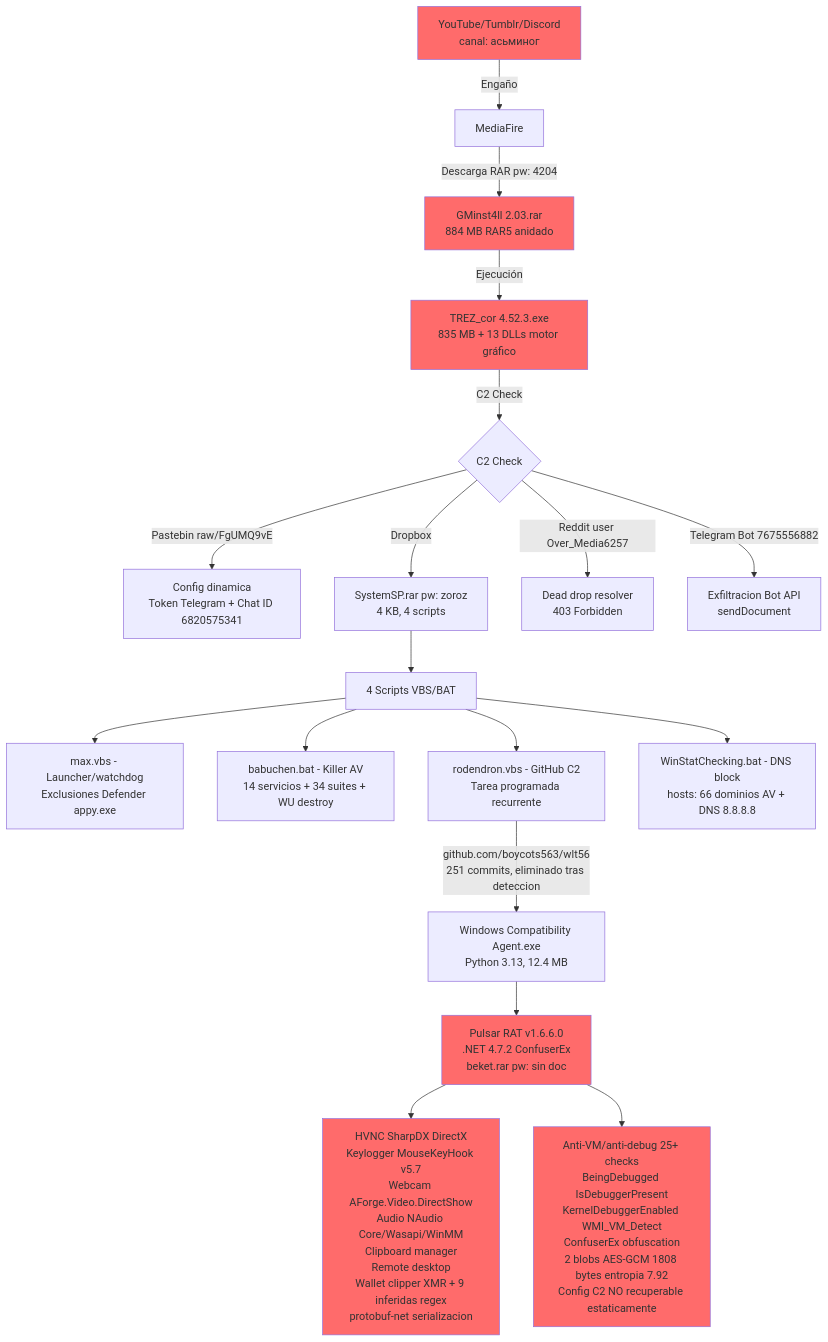
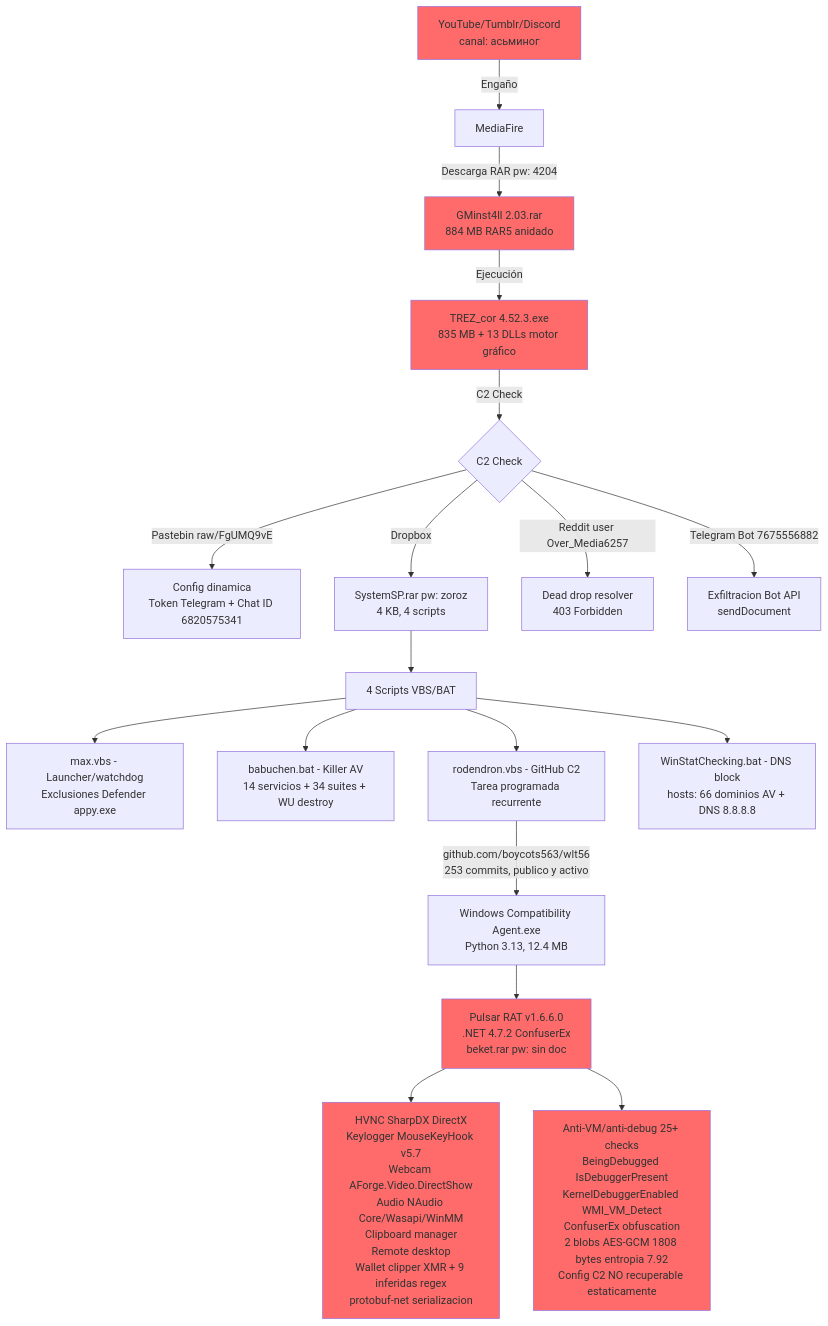
One commit to alesanfe/soar-ransomware-lab changed diagram 11 of 12 in docs/thesis/appendix_f.md. Above: the diagram before and after it, drawn with Mermaid. The commit also changed other lines of this file, not shown here.

````diff
--- a/docs/thesis/appendix_f.md
+++ b/docs/thesis/appendix_f.md
@@ -553,26 +558,26 @@
 ```mermaid
 graph TD
  A[YouTube/Tumblr/Discord<br/>canal: асьминог] -->|Engaño| B[MediaFire]
  B -->|Descarga RAR pw: 4204| C[GMinst4ll 2.03.rar<br/>884 MB RAR5 anidado]
  C -->|Ejecución| D[TREZ_cor 4.52.3.exe<br/>835 MB + 13 DLLs motor gráfico]
  D -->|C2 Check| E{C2 Check}
  E -->|Pastebin raw/FgUMQ9vE| F[Config dinamica<br/>Token Telegram + Chat ID 6820575341]
  E -->|Dropbox| G[SystemSP.rar pw: zoroz<br/>4 KB, 4 scripts]
  E -->|Reddit user Over_Media6257| H[Dead drop resolver<br/>403 Forbidden]
  E -->|Telegram Bot 7675556882| I[Exfiltracion Bot API<br/>sendDocument]
  G --> J[4 Scripts VBS/BAT]
  J --> K[max.vbs - Launcher/watchdog<br/>Exclusiones Defender appy.exe]
  J --> L[babuchen.bat - Killer AV<br/>14 servicios + 34 suites + WU destroy]
  J --> M[rodendron.vbs - GitHub C2<br/>Tarea programada recurrente]
  J --> N[WinStatChecking.bat - DNS block<br/>hosts: 66 dominios AV + DNS 8.8.8.8]
- M -->|github.com/boycots563/wlt56<br/>251 commits, eliminado tras deteccion| O[Windows Compatibility Agent.exe<br/>Python 3.13, 12.4 MB]
+ M -->|github.com/boycots563/wlt56<br/>253 commits, publico y activo| O[Windows Compatibility Agent.exe<br/>Python 3.13, 12.4 MB]
  O --> P[Pulsar RAT v1.6.6.0<br/>.NET 4.7.2 ConfuserEx<br/>beket.rar pw: sin doc]
  P --> Q[HVNC SharpDX DirectX<br/>Keylogger MouseKeyHook v5.7<br/>Webcam AForge.Video.DirectShow<br/>Audio NAudio Core/Wasapi/WinMM<br/>Clipboard manager<br/>Remote desktop<br/>Wallet clipper XMR + 9 inferidas regex<br/>protobuf-net serializacion]
  P --> R[Anti-VM/anti-debug 25+ checks<br/>BeingDebugged IsDebuggerPresent<br/>KernelDebuggerEnabled WMI_VM_Detect<br/>ConfuserEx obfuscation<br/>2 blobs AES-GCM 1808 bytes entropia 7.92<br/>Config C2 NO recuperable estaticamente]
  style A fill:#ff6b6b
  style C fill:#ff6b6b
  style D fill:#ff6b6b
  style P fill:#ff6b6b
  style Q fill:#ff6b6b
  style R fill:#ff6b6b
 ```
````
